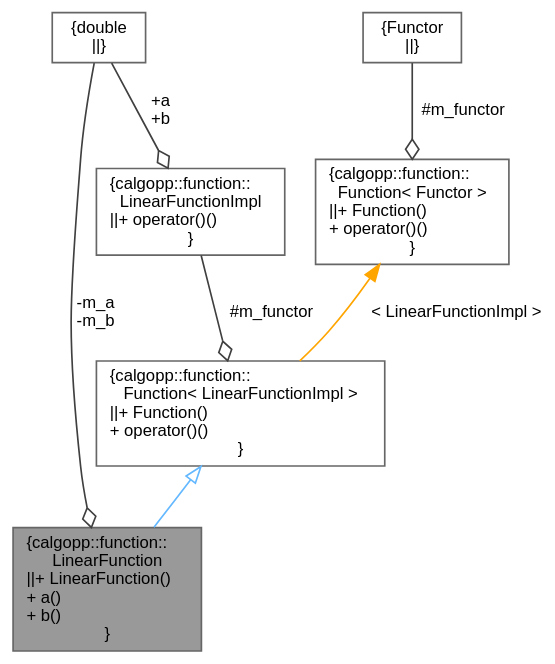
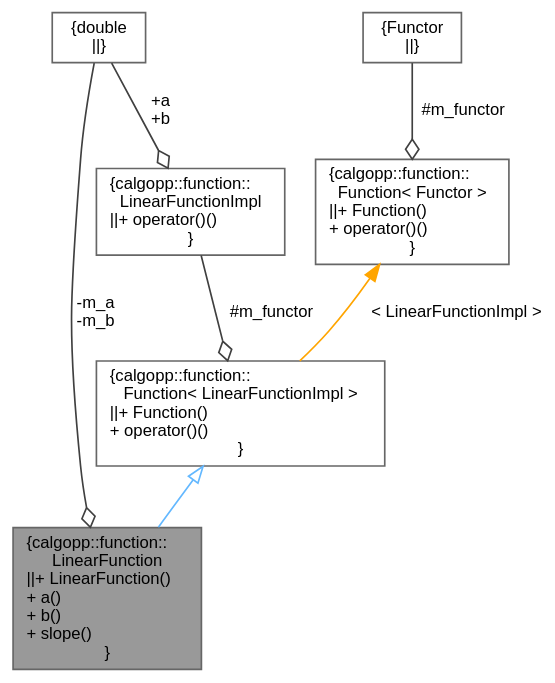
One commit to pawelekg95/algopp changed the diagram in classcalgopp_1_1function_1_1LinearFunction__coll__graph.dot. Above: the diagram before and after it, drawn with Graphviz. The commit also changed 31 other files, not shown here.

```diff
--- a/classcalgopp_1_1function_1_1LinearFunction__coll__graph.dot
+++ b/classcalgopp_1_1function_1_1LinearFunction__coll__graph.dot
@@ -1,19 +1,19 @@
 digraph "calgopp::function::LinearFunction"
 {
  // LATEX_PDF_SIZE
   bgcolor="transparent";
   edge [fontname=Helvetica,fontsize=10,labelfontname=Helvetica,labelfontsize=10];
   node [fontname=Helvetica,fontsize=10,shape=box,height=0.2,width=0.4];
-  Node1 [label="{calgopp::function::\lLinearFunction\n||+ LinearFunction()\l+ a()\l+ b()\l}",height=0.2,width=0.4,color="gray40", fillcolor="grey60", style="filled", fontcolor="black",tooltip=" "];
+  Node1 [label="{calgopp::function::\lLinearFunction\n||+ LinearFunction()\l+ a()\l+ b()\l+ slope()\l}",height=0.2,width=0.4,color="gray40", fillcolor="grey60", style="filled", fontcolor="black",tooltip=" "];
   Node2 -> Node1 [dir="back",color="steelblue1",style="solid",arrowtail="onormal"];
   Node2 [label="{calgopp::function::\lFunction\< LinearFunctionImpl \>\n||+ Function()\l+ operator()()\l}",height=0.2,width=0.4,color="gray40", fillcolor="white", style="filled",URL="$classcalgopp_1_1function_1_1Function.html",tooltip=" "];
   Node3 -> Node2 [color="grey25",style="solid",label=" #m_functor" ,arrowhead="odiamond"];
   Node3 [label="{calgopp::function::\lLinearFunctionImpl\n||+ operator()()\l}",height=0.2,width=0.4,color="gray40", fillcolor="white", style="filled",URL="$structcalgopp_1_1function_1_1LinearFunctionImpl.html",tooltip=" "];
   Node4 -> Node3 [color="grey25",style="solid",label=" +a\n+b" ,arrowhead="odiamond"];
   Node4 [label="{double\n||}",height=0.2,width=0.4,color="gray40", fillcolor="white", style="filled",tooltip=" "];
   Node5 -> Node2 [dir="back",color="orange",style="solid",label=" \< LinearFunctionImpl \>" ];
   Node5 [label="{calgopp::function::\lFunction\< Functor \>\n||+ Function()\l+ operator()()\l}",height=0.2,width=0.4,color="gray40", fillcolor="white", style="filled",URL="$classcalgopp_1_1function_1_1Function.html",tooltip=" "];
   Node6 -> Node5 [color="grey25",style="solid",label=" #m_functor" ,arrowhead="odiamond"];
   Node6 [label="{Functor\n||}",height=0.2,width=0.4,color="gray40", fillcolor="white", style="filled",tooltip=" "];
   Node4 -> Node1 [color="grey25",style="solid",label=" -m_a\n-m_b" ,arrowhead="odiamond"];
 }
```
